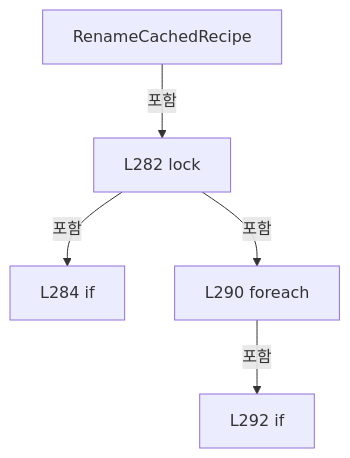
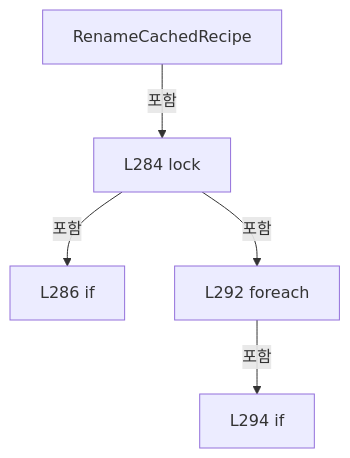
One commit to kjuws10-rgb/Shared changed diagram 15 of 18 in A3 LD Code Ref/files/Drilling.Common/Managers/CRecipeManager.cs.md. Above: the diagram before and after it, drawn with Mermaid. The commit also changed other lines of this file and 2071 other files, not shown here.

Commit message:
docs(a3): update 11.19.0 architecture and code reference

````diff
--- a/A3 LD Code Ref/files/Drilling.Common/Managers/CRecipeManager.cs.md
+++ b/A3 LD Code Ref/files/Drilling.Common/Managers/CRecipeManager.cs.md
@@ -1970,12 +1971,12 @@
 ```mermaid
 flowchart TD
  M["RenameCachedRecipe"]
- N0["L282 lock"]
+ N0["L284 lock"]
  M -->|포함| N0
- N1["L284 if"]
+ N1["L286 if"]
  N0 -->|포함| N1
- N2["L290 foreach"]
+ N2["L292 foreach"]
  N0 -->|포함| N2
- N3["L292 if"]
+ N3["L294 if"]
  N2 -->|포함| N3
 ```
````
